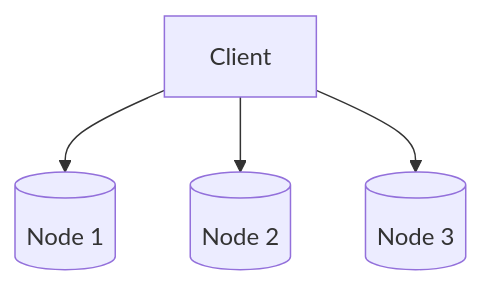
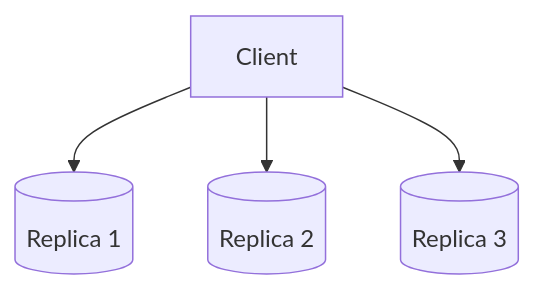
Before and after one commit to mthaiseer/springcloud-systemdesign-notes: diagram 13 of 19 in HLD_NOTES/003_TECHNOLOGY_DEEP_DIVE/rdbms/database_v2.md, drawn with Mermaid. The commit also changed other lines of this file, not shown here.

````diff
--- a/HLD_NOTES/003_TECHNOLOGY_DEEP_DIVE/rdbms/database_v2.md
+++ b/HLD_NOTES/003_TECHNOLOGY_DEEP_DIVE/rdbms/database_v2.md
@@ -941,6 +745,6 @@
 ```mermaid
 flowchart TD
-    Client --> N1[(Node 1)]
-    Client --> N2[(Node 2)]
-    Client --> N3[(Node 3)]
+    Client --> N1[(Replica 1)]
+    Client --> N2[(Replica 2)]
+    Client --> N3[(Replica 3)]
 ```
````
